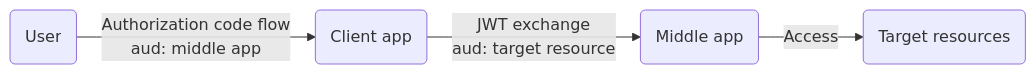
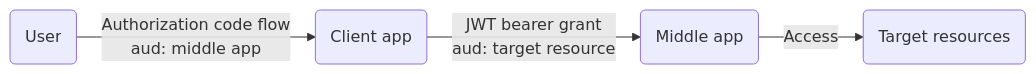
One commit to joetanx/mslab changed the diagram in entra/flows/on-behalf-of.md. Above: the diagram before and after it, drawn with Mermaid. The commit also changed other lines of this file, not shown here.

````diff
--- a/entra/flows/on-behalf-of.md
+++ b/entra/flows/on-behalf-of.md
@@ -3,6 +3,6 @@
 ```mermaid
 flowchart LR
   A(User) -->|Authorization code flow<br>aud: middle app| B(Client app)
-  B -->|JWT exchange<br>aud: target resource| C(Middle app)
+  B -->|JWT bearer grant<br>aud: target resource| C(Middle app)
   C -->|Access| D(Target resources)
 ```
````
